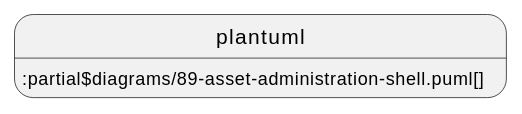
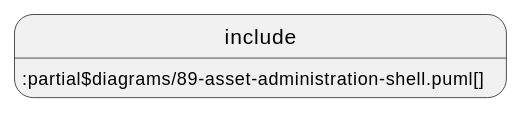
One commit to acplt/aas-specs changed the first of 2 diagrams in documentation/IDTA-01001/modules/ROOT/pages/annex/metamodel-with-inheritance.adoc. Above: the diagram before and after it, drawn with PlantUML. The commit also changed other lines of this file and 14 other files, not shown here.

First line of the commit message:
Revert "Use plantuml instead of include and test ./"

```diff
--- a/documentation/IDTA-01001/modules/ROOT/pages/annex/metamodel-with-inheritance.adoc
+++ b/documentation/IDTA-01001/modules/ROOT/pages/annex/metamodel-with-inheritance.adoc
@@ -20,4 +20,4 @@
 [plantuml, 89-asset-administration-shell, svg]
 ....
-plantuml::partial$diagrams/89-asset-administration-shell.puml[]
+include::partial$diagrams/89-asset-administration-shell.puml[]
 ....
```
